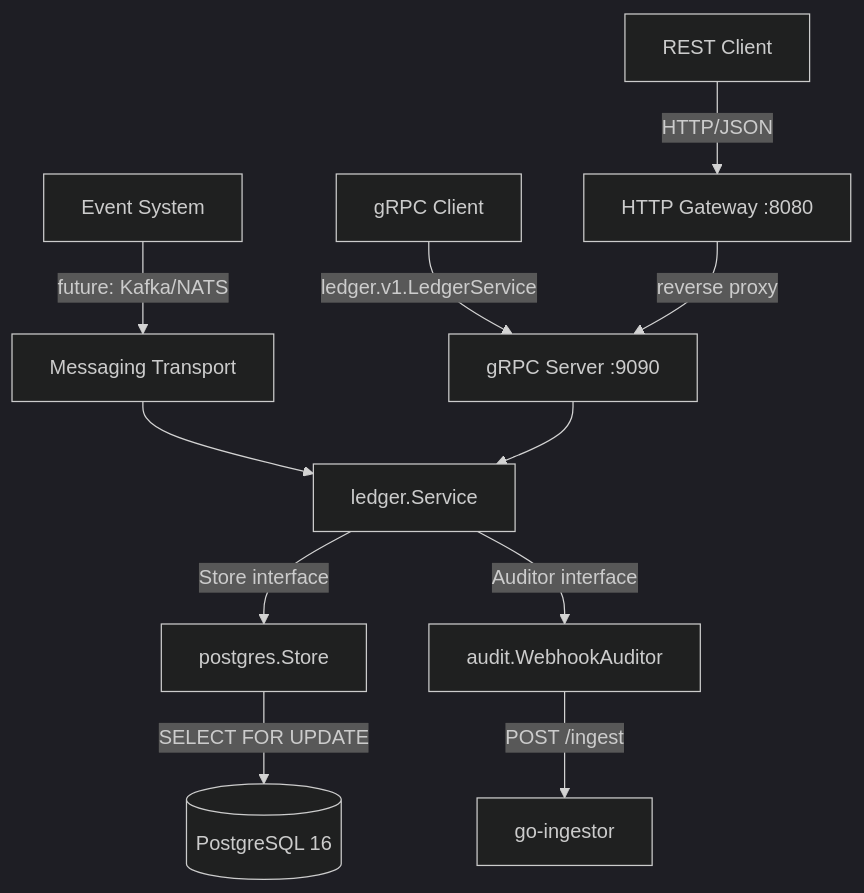
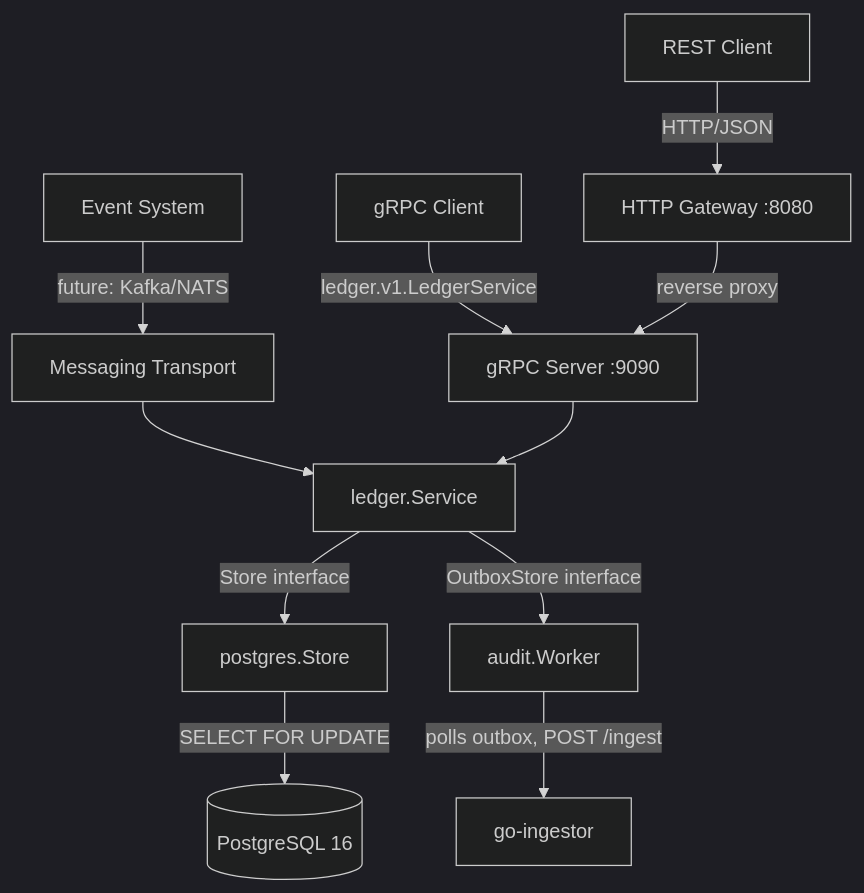
One commit to mohammad-farrokhnia/ledger changed the diagram in README.md. Above: the diagram before and after it, drawn with Mermaid (dark theme). The commit also changed other lines of this file, not shown here.

````diff
--- a/README.md
+++ b/README.md
@@ -8,14 +8,14 @@
 ```mermaid
 graph TD
     A[gRPC Client] -->|ledger.v1.LedgerService| B[gRPC Server :9090]
     C[REST Client] -->|HTTP/JSON| D[HTTP Gateway :8080]
     D -->|reverse proxy| B
     E[Event System] -->|future: Kafka/NATS| F[Messaging Transport]
     F --> G
 
     B --> G[ledger.Service]
     G -->|Store interface| H[postgres.Store]
-    G -->|Auditor interface| I[audit.WebhookAuditor]
+    G -->|OutboxStore interface| I[audit.Worker]
     H -->|SELECT FOR UPDATE| J[(PostgreSQL 16)]
-    I -->|POST /ingest| K[go-ingestor]
+    I -->|polls outbox, POST /ingest| K[go-ingestor]
 ```
````
